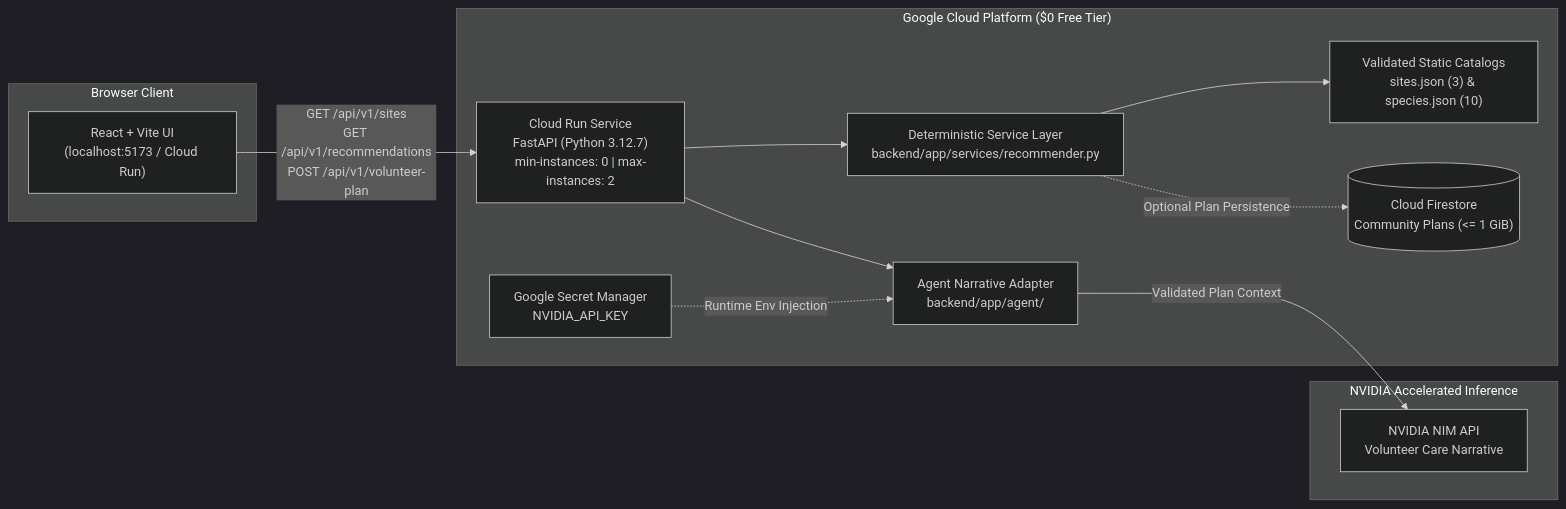
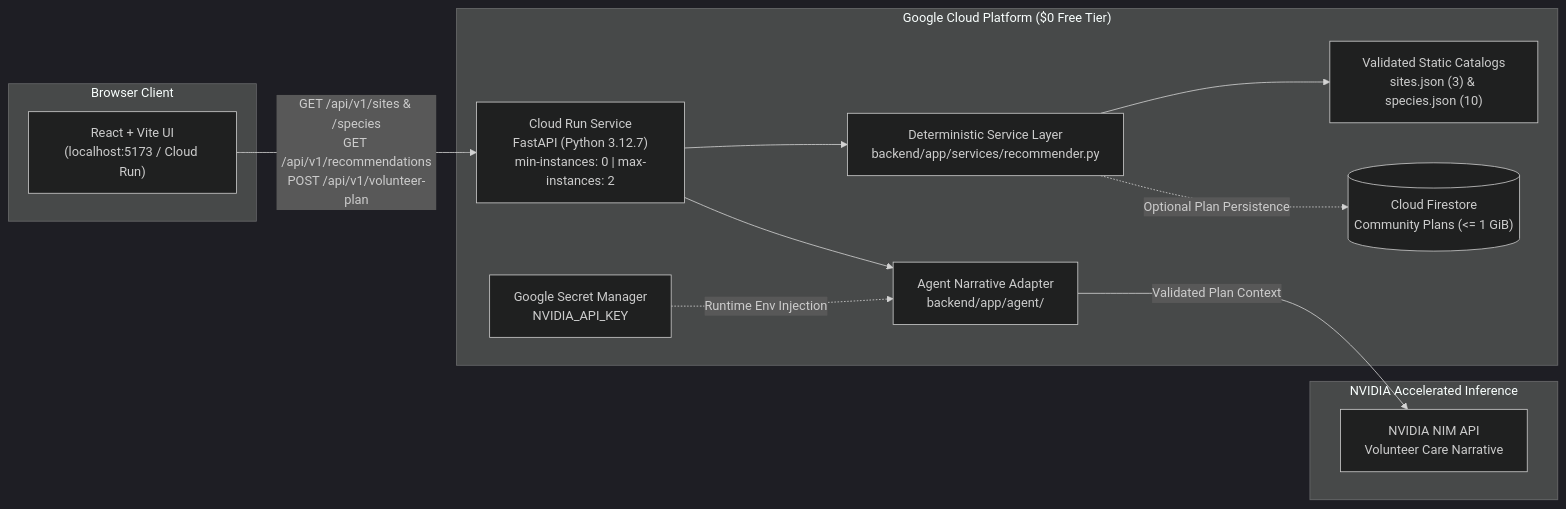
Before and after one commit to Ndanu-Nzuki/CanopyCrew: the diagram in docs/ARCHITECTURE.md, drawn with Mermaid (dark theme). The commit also changed other lines of this file and 1 other file, not shown here.

First line of the commit message:
docs(docs): document species catalog endpoints in schema and architecture

````diff
--- a/docs/ARCHITECTURE.md
+++ b/docs/ARCHITECTURE.md
@@ -41,27 +41,27 @@
 ```mermaid
 flowchart LR
     subgraph Client["Browser Client"]
         UI["React + Vite UI<br/>(localhost:5173 / Cloud Run)"]
     end
 
     subgraph GCP["Google Cloud Platform ($0 Free Tier)"]
         CR["Cloud Run Service<br/>FastAPI (Python 3.12.7)<br/>min-instances: 0 | max-instances: 2"]
         DET["Deterministic Service Layer<br/>backend/app/services/recommender.py"]
         DATA["Validated Static Catalogs<br/>sites.json (3) & species.json (10)"]
         AGENT["Agent Narrative Adapter<br/>backend/app/agent/"]
         FS[("Cloud Firestore<br/>Community Plans (<= 1 GiB)")]
         GSM["Google Secret Manager<br/>NVIDIA_API_KEY"]
     end
 
     subgraph NVIDIA["NVIDIA Accelerated Inference"]
         NIM["NVIDIA NIM API<br/>Volunteer Care Narrative"]
     end
 
-    UI -->|"GET /api/v1/sites<br/>GET /api/v1/recommendations<br/>POST /api/v1/volunteer-plan"| CR
+    UI -->|"GET /api/v1/sites & /species<br/>GET /api/v1/recommendations<br/>POST /api/v1/volunteer-plan"| CR
     CR --> DET
     DET --> DATA
     DET -.->|"Optional Plan Persistence"| FS
     CR --> AGENT
     GSM -.->|"Runtime Env Injection"| AGENT
     AGENT -->|"Validated Plan Context"| NIM
 ```
````
